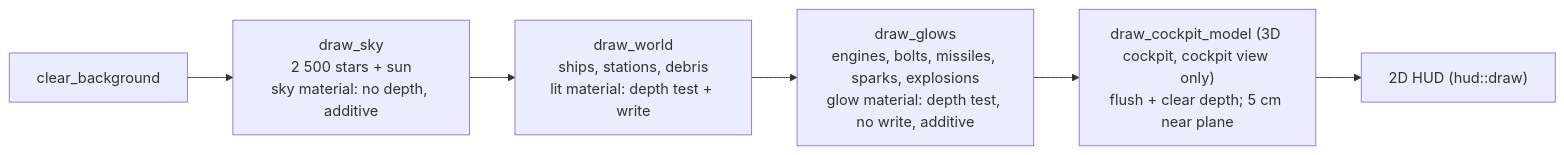
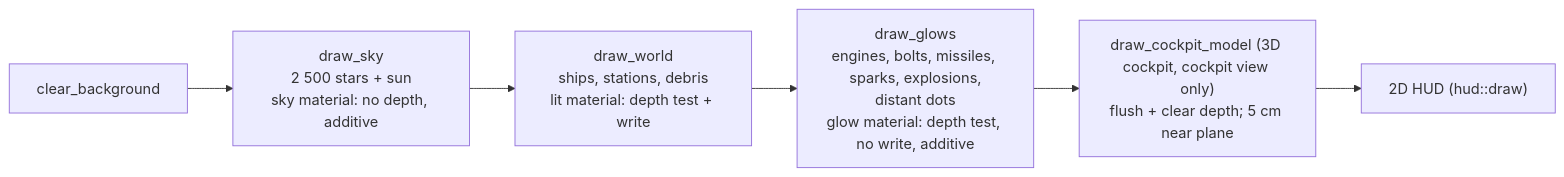
The first of 2 diagrams in docs/implementation/architecture/rendering.md (bbogovich/OpenInterceptor), drawn with Mermaid before and after one commit. The commit also changed other lines of this file and 37 other files, not shown here.

````diff
--- a/docs/implementation/architecture/rendering.md
+++ b/docs/implementation/architecture/rendering.md
@@ -11,8 +12,8 @@
 ```mermaid
 flowchart LR
     CL["clear_background"] --> SKY["draw_sky<br/>2 500 stars + sun<br/>sky material: no depth, additive"]
     SKY --> SOL["draw_world<br/>ships, stations, debris<br/>lit material: depth test + write"]
-    SOL --> GLO["draw_glows<br/>engines, bolts, missiles, sparks, explosions<br/>glow material: depth test, no write, additive"]
+    SOL --> GLO["draw_glows<br/>engines, bolts, missiles, sparks, explosions,<br/>distant dots<br/>glow material: depth test, no write, additive"]
     GLO --> CP["draw_cockpit_model (3D cockpit, cockpit view only)<br/>flush + clear depth; 5 cm near plane"]
     CP --> HUD["2D HUD (hud::draw)"]
 ```
````
